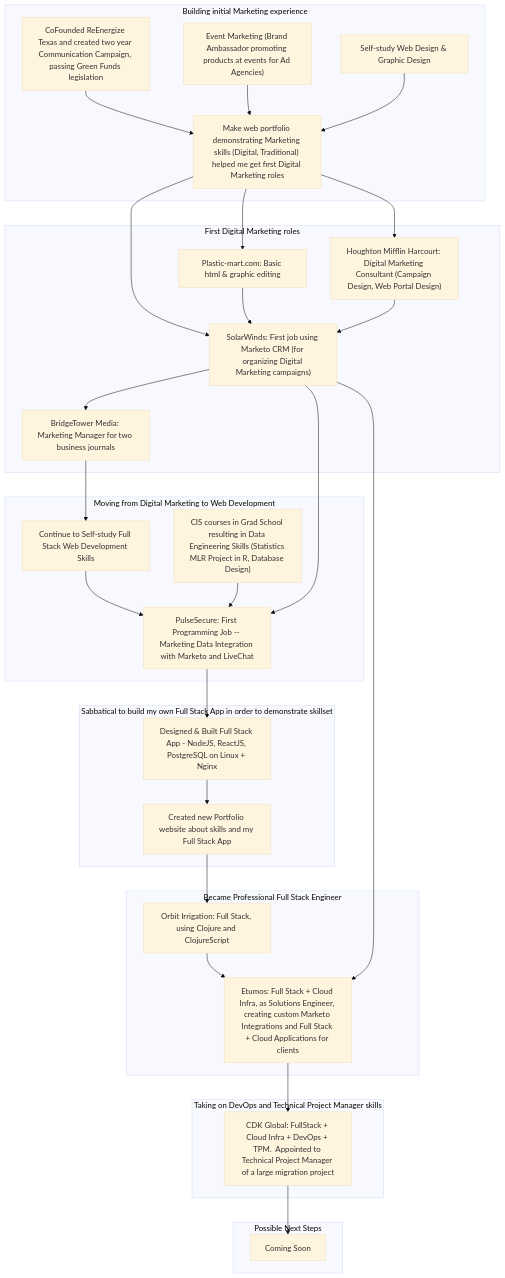
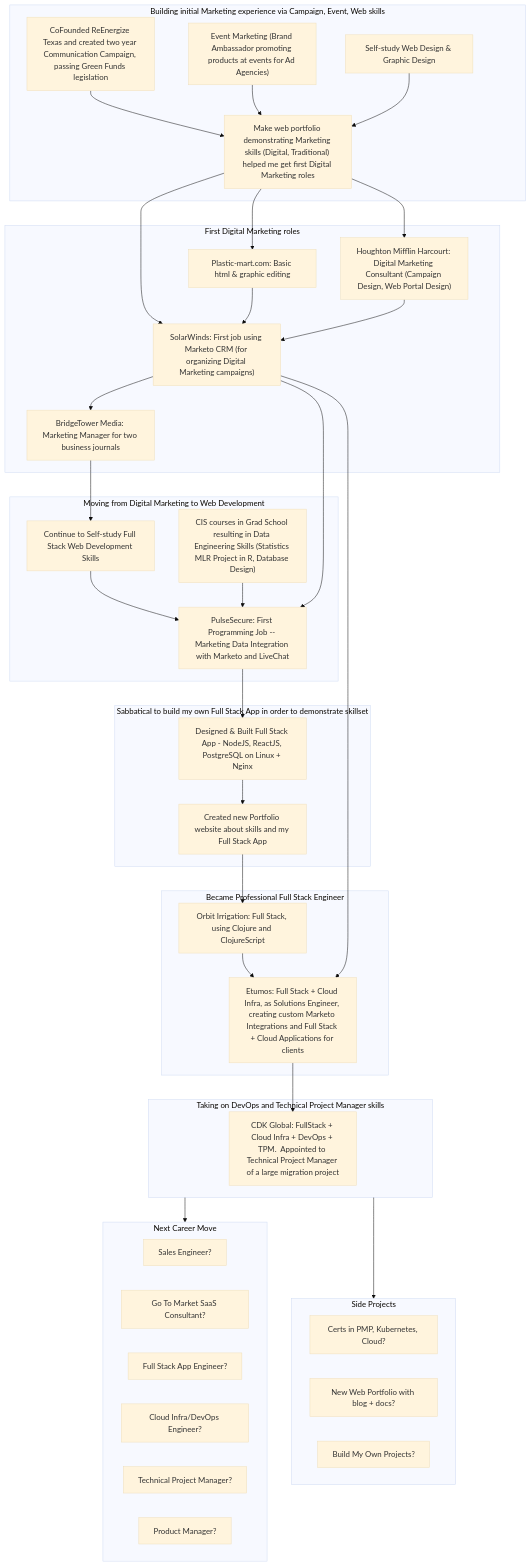
The diagram in README.md (pmeaney/pmeaney), drawn with Mermaid (base theme) before and after one commit.

````diff
--- a/README.md
+++ b/README.md
@@ -64,52 +64,64 @@
 ```mermaid
   graph TD;
-      subgraph one[Building initial Marketing experience]
+      subgraph one[Building initial Marketing experience via Campaign, Event, Web skills]
         A["`CoFounded ReEnergize Texas and created two year Communication Campaign, passing Green Funds legislation`"]-->D;
 
         B["`Event Marketing (Brand Ambassador promoting products at events for Ad Agencies)`"]-->D;
 
         C["`Self-study Web Design & Graphic Design`"]--> D["`Make web portfolio demonstrating Marketing skills (Digital, Traditional) helped me get first Digital Marketing roles`"]
 
       end
 
       D-->DD
       D-->BB
       D-->E
 
       subgraph firstMarketing[First Digital Marketing roles]
         DD["`Plastic-mart.com: Basic html & graphic editing`"]-->E
         BB["`Houghton Mifflin Harcourt: Digital Marketing Consultant (Campaign Design, Web Portal Design)`"]-->E
         E["`SolarWinds: First job using Marketo CRM (for organizing Digital Marketing campaigns)`"]-->F
       end
 
 
       subgraph two[Moving from Digital Marketing to Web Development]
         F["`BridgeTower Media: Marketing Manager for two business journals`"]-->G
         G["`Continue to Self-study Full Stack Web Development Skills`"]-->I
         H["`CIS courses in Grad School resulting in Data Engineering Skills (Statistics MLR Project in R, Database Design)`"]-->I
         I["`PulseSecure: First Programming Job -- Marketing Data Integration with Marketo and LiveChat`"]
       end
 
       subgraph three[Sabbatical to build my own Full Stack App in order to demonstrate skillset]
         I-->J["`Designed & Built Full Stack App - NodeJS, ReactJS, PostgreSQL on Linux + Nginx`"]
         J-->K["`Created new Portfolio website about skills and my Full Stack App`"]
       end
 
       subgraph four[Became Professional Full Stack Engineer]
         L["`Orbit Irrigation: Full Stack, using Clojure and ClojureScript`"]-->M["`Etumos: Full Stack + Cloud Infra, as Solutions Engineer, creating custom Marketo Integrations and Full Stack + Cloud Applications for clients`"]
       end
 
       subgraph five[Taking on DevOps and Technical Project Manager skills]
         N["`CDK Global: FullStack + Cloud Infra + DevOps + TPM.  Appointed to Technical Project Manager of a large migration project`"]
       end
 
-      subgraph six[Possible Next Steps]
-        O["`Coming Soon`"]
+      subgraph six[Next Career Move]
+        O["`Sales Engineer?`"]
+        P["`Go To Market SaaS Consultant?`"]
+        Q["`Full Stack App Engineer?`"]
+        R["`Cloud Infra/DevOps Engineer?`"]
+        S["`Technical Project Manager?`"]
+        T["`Product Manager?`"]
+      end
+
+      subgraph seven[Side Projects]
+        W["`Certs in PMP, Kubernetes, Cloud?`"]
+        X["`New Web Portfolio with blog + docs?`"]
+        Y["`Build My Own Projects?`"]
       end
 
       E-->I
       E-->M
       K-->L
       M-->N
-      N-->O
+      five-->six
+      five-->seven
 ```
````
